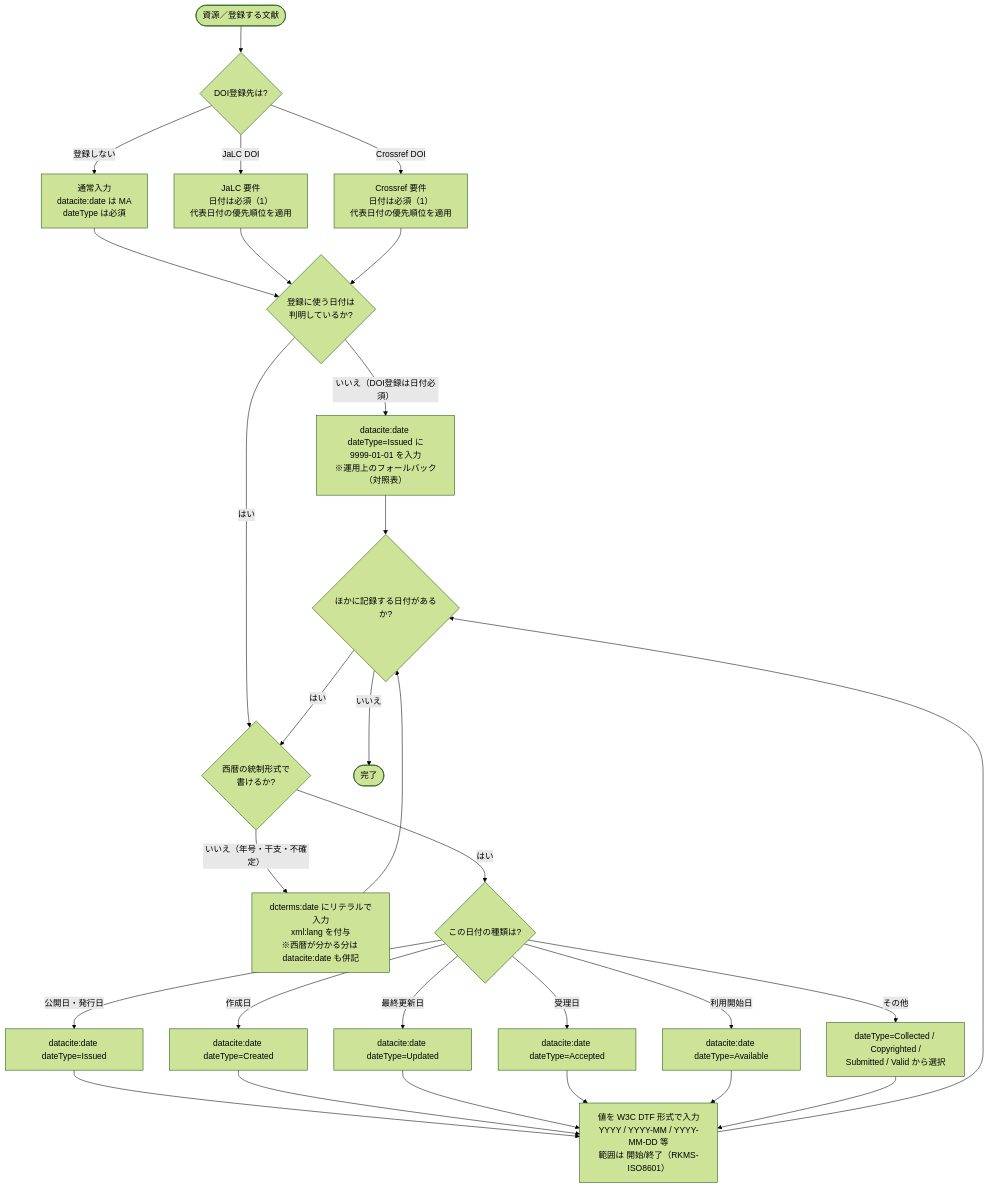
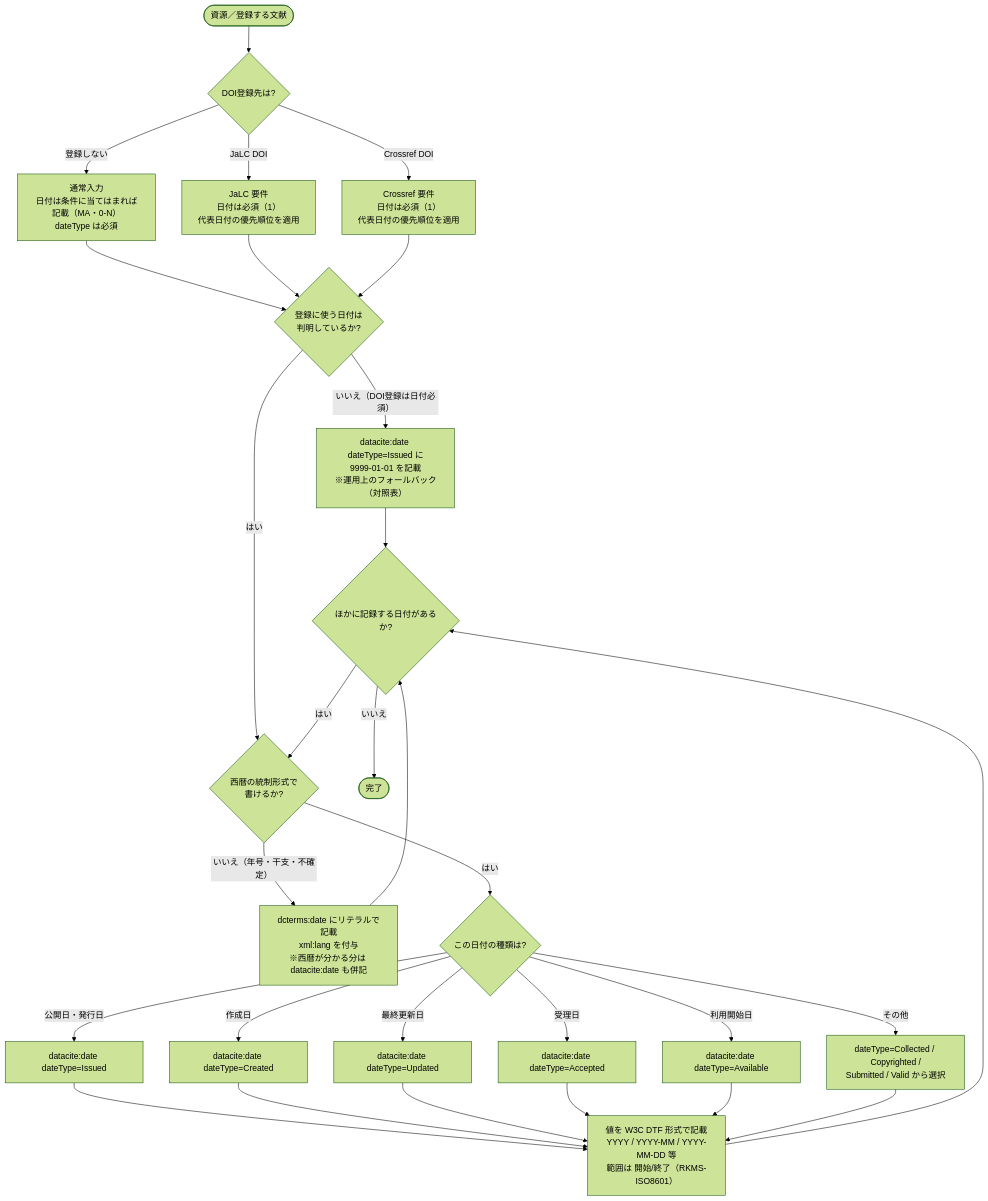
Before and after one commit to tzhaya/jpcoarschema-helper: the diagram in decision-trees/date.md, drawn with Mermaid (forest theme). The commit also changed other lines of this file and 6 other files, not shown here.

````diff
--- a/decision-trees/date.md
+++ b/decision-trees/date.md
@@ -44,43 +44,43 @@
 ```mermaid
 flowchart TD
     R([資源／登録する文献]) --> Q1{DOI登録先は?}
 
-    Q1 -- 登録しない --> CTX0["通常入力<br/>datacite:date は MA<br/>dateType は必須"]
+    Q1 -- 登録しない --> CTX0["通常入力<br/>日付は条件に当てはまれば記載（MA・0-N）<br/>dateType は必須"]
     Q1 -- JaLC DOI --> CTX1["JaLC 要件<br/>日付は必須（1）<br/>代表日付の優先順位を適用"]
     Q1 -- Crossref DOI --> CTX2["Crossref 要件<br/>日付は必須（1）<br/>代表日付の優先順位を適用"]
 
     CTX0 --> D1
     CTX1 --> D1
     CTX2 --> D1
 
     D1{登録に使う日付は<br/>判明しているか?}
-    D1 -- "いいえ（DOI登録は日付必須）" --> AF["datacite:date dateType=Issued に<br/>9999-01-01 を入力<br/>※運用上のフォールバック（対照表）"]
+    D1 -- "いいえ（DOI登録は日付必須）" --> AF["datacite:date dateType=Issued に<br/>9999-01-01 を記載<br/>※運用上のフォールバック（対照表）"]
     D1 -- はい --> D2{西暦の統制形式で<br/>書けるか?}
 
-    D2 -- "いいえ（年号・干支・不確定）" --> A2["dcterms:date にリテラルで入力<br/>xml:lang を付与<br/>※西暦が分かる分は datacite:date も併記"]
+    D2 -- "いいえ（年号・干支・不確定）" --> A2["dcterms:date にリテラルで記載<br/>xml:lang を付与<br/>※西暦が分かる分は datacite:date も併記"]
     D2 -- はい --> D3{この日付の種類は?}
 
     D3 -- "公開日・発行日" --> T1["datacite:date dateType=Issued"]
     D3 -- "作成日" --> T2["datacite:date dateType=Created"]
     D3 -- "最終更新日" --> T3["datacite:date dateType=Updated"]
     D3 -- "受理日" --> T4["datacite:date dateType=Accepted"]
     D3 -- "利用開始日" --> T5["datacite:date dateType=Available"]
     D3 -- "その他" --> T6["dateType=Collected / Copyrighted /<br/>Submitted / Valid から選択"]
 
     T1 --> PF
     T2 --> PF
     T3 --> PF
     T4 --> PF
     T5 --> PF
     T6 --> PF
 
-    PF["値を W3C DTF 形式で入力<br/>YYYY / YYYY-MM / YYYY-MM-DD 等<br/>範囲は 開始/終了（RKMS-ISO8601）"]
+    PF["値を W3C DTF 形式で記載<br/>YYYY / YYYY-MM / YYYY-MM-DD 等<br/>範囲は 開始/終了（RKMS-ISO8601）"]
 
     AF --> D6
     A2 --> D6
     PF --> D6
 
     D6{ほかに記録する日付があるか?}
     D6 -- "はい" --> D2
     D6 -- いいえ --> END([完了])
 ```
````
